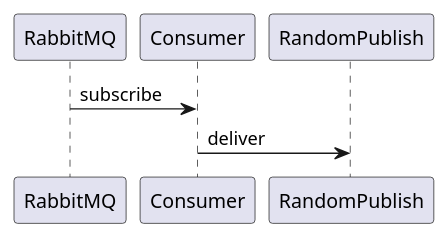
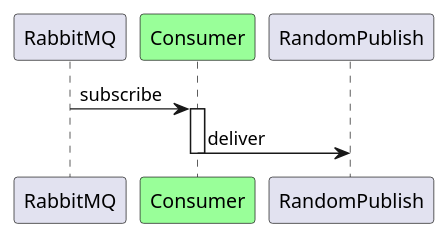
The diagram in docs/uml/consumer-rabbitmq-quarkus.pu (yurake/k8s-3tier-webapp), drawn with PlantUML before and after one commit. The commit also changed 22 other files, not shown here.

```diff
--- a/docs/uml/consumer-rabbitmq-quarkus.pu
+++ b/docs/uml/consumer-rabbitmq-quarkus.pu
@@ -1,4 +1,8 @@
 @startuml consumer-rabbitmq-quarkus
+participant RabbitMQ
+participant Consumer as Consumer #99FF99
 RabbitMQ -> Consumer: subscribe
+activate Consumer
 Consumer -> RandomPublish: deliver
+deactivate Consumer
 @enduml
```
